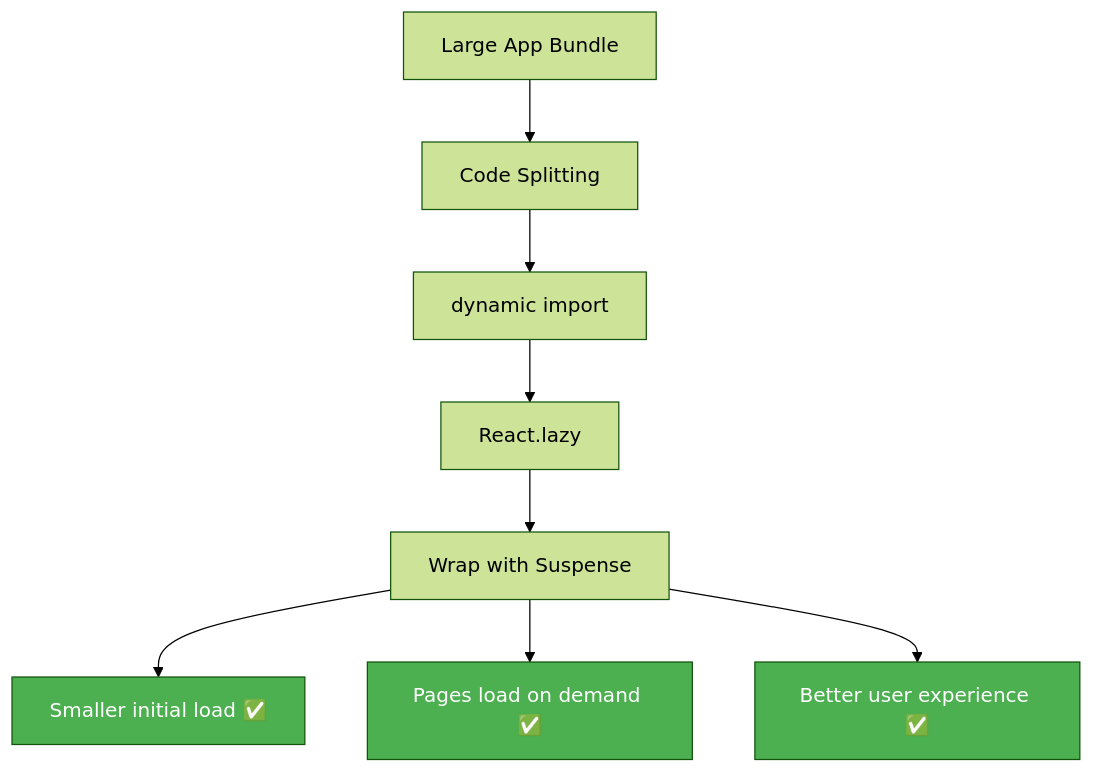
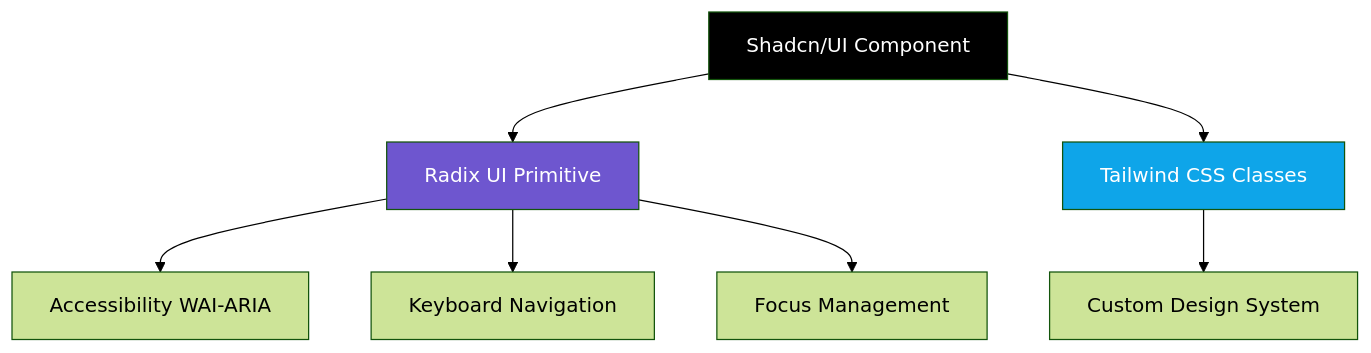
One commit to Maksof-waqarahmed/Web-Development-2-ReactJs changed the diagram in React/week_9/class_2/README.md. Above: the diagram before and after it, drawn with Mermaid (forest theme). The commit also changed other lines of this file and 25 other files, not shown here.

````diff
--- a/React/week_9/class_2/README.md
+++ b/React/week_9/class_2/README.md
@@ -439,14 +29,12 @@
 ```mermaid
-flowchart TD
-    A[Large App Bundle] --> B[Code Splitting]
-    B --> C[dynamic import]
-    C --> D[React.lazy]
-    D --> E[Wrap with Suspense]
-    E --> F[Smaller initial load ✅]
-    E --> G[Pages load on demand ✅]
-    E --> H[Better user experience ✅]
-
-    style F fill:#4caf50,color:#fff
-    style G fill:#4caf50,color:#fff
-    style H fill:#4caf50,color:#fff
+graph TD
+    A[Shadcn/UI Component] --> B[Radix UI Primitive]
+    A --> C[Tailwind CSS Classes]
+    B --> D[Accessibility WAI-ARIA]
+    B --> E[Keyboard Navigation]
+    B --> F[Focus Management]
+    C --> G[Custom Design System]
+    style A fill:#000,color:#fff
+    style B fill:#6e56cf,color:#fff
+    style C fill:#0ea5e9,color:#fff
 ```
````
